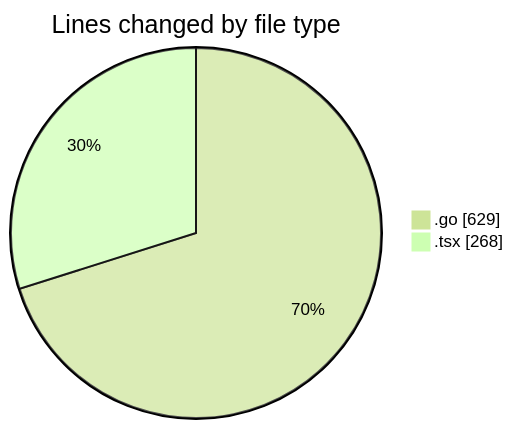
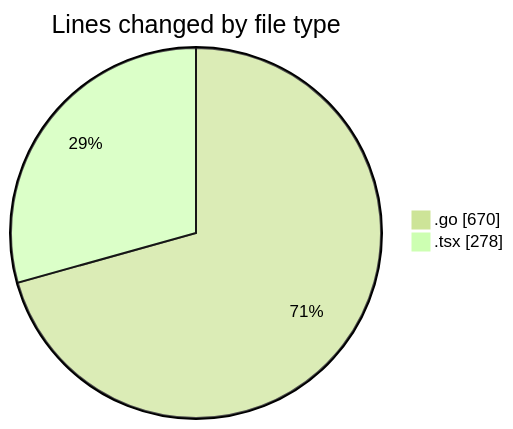
Before and after one commit to robertbonfada/code-tracking: the first of 2 diagrams in 2025-03-01/termonied_testador/README.md, drawn with Mermaid (forest theme). The commit also changed other lines of this file and 1 other file, not shown here.

````diff
--- a/2025-03-01/termonied_testador/README.md
+++ b/2025-03-01/termonied_testador/README.md
@@ -28,6 +28,6 @@
 ```mermaid
 pie showData
 title Lines changed by file type
-".go" : 629
-".tsx" : 268
+".go" : 670
+".tsx" : 278
 ```
````
